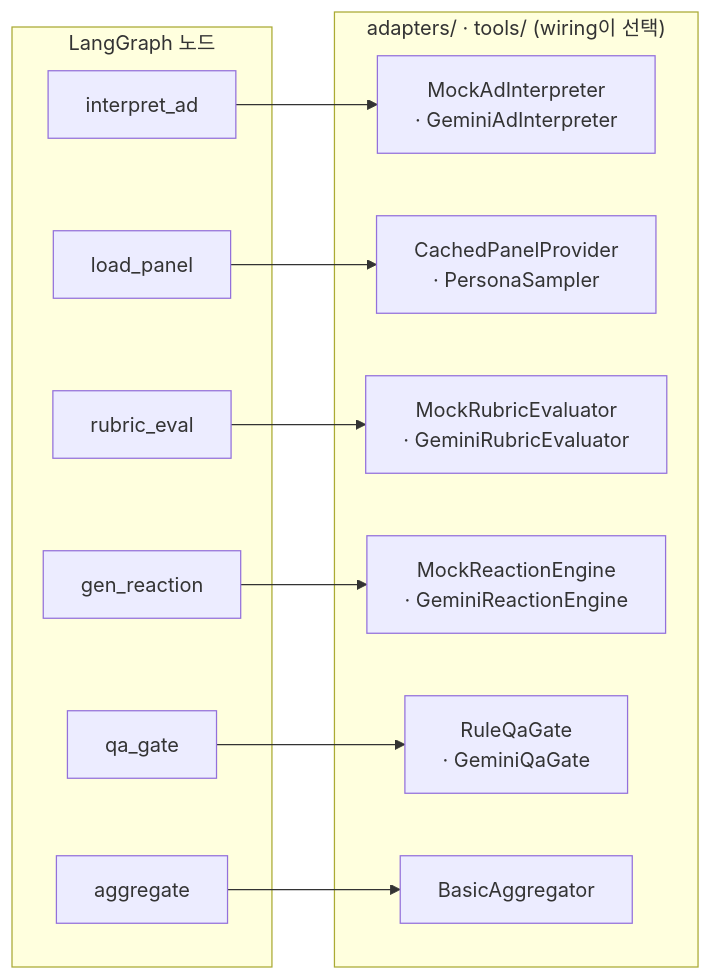
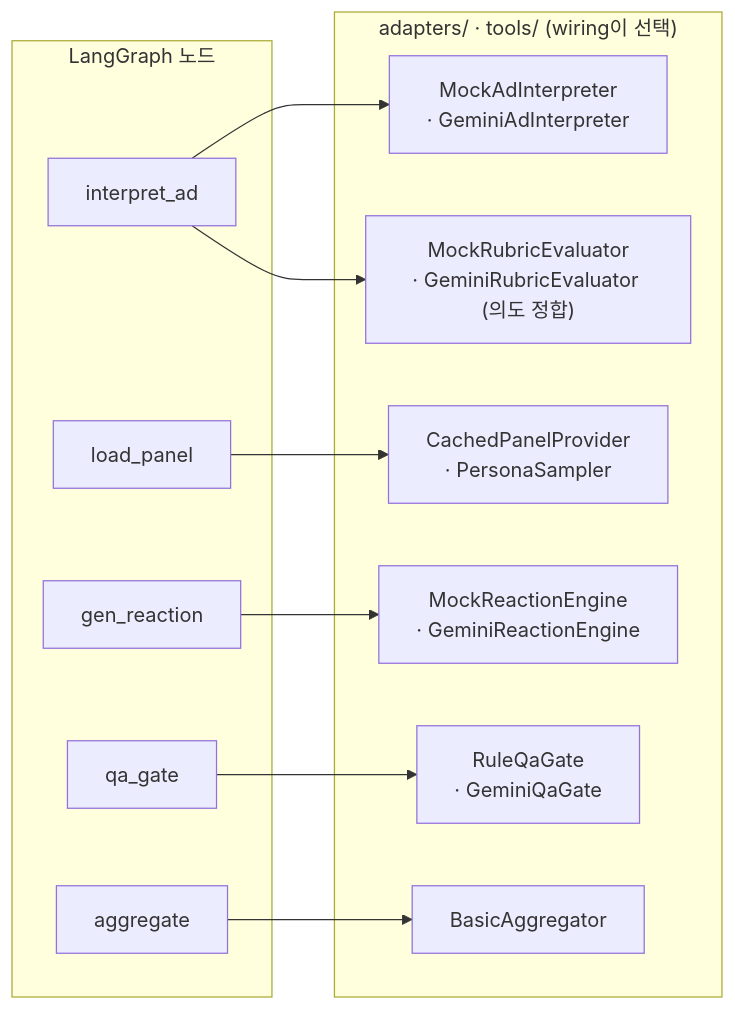
Before and after one commit to cclickstudio/click-me: the third of 3 diagrams in docs/simulation/Persona/SIMULATOR_GRAPH_TOPOLOGY.md, drawn with Mermaid. The commit also changed other lines of this file, not shown here.

Commit message:
docs: 그래프 토폴로지 다이어그램 6노드 구조로 갱신(rubric_eval 흡수)

````diff
--- a/docs/simulation/Persona/SIMULATOR_GRAPH_TOPOLOGY.md
+++ b/docs/simulation/Persona/SIMULATOR_GRAPH_TOPOLOGY.md
@@ -64,27 +79,26 @@
 ```mermaid
 flowchart LR
     subgraph G["LangGraph 노드"]
         n1["interpret_ad"]
         n2["load_panel"]
-        n3["rubric_eval"]
         ng["gen_reaction"]
         nq["qa_gate"]
         n5["aggregate"]
     end
 
     subgraph A["adapters/ · tools/ (wiring이 선택)"]
-        a1["MockAdInterpreter<br/>· GeminiAdInterpreter"]
+        a1a["MockAdInterpreter<br/>· GeminiAdInterpreter"]
+        a1b["MockRubricEvaluator<br/>· GeminiRubricEvaluator (의도 정합)"]
         a2["CachedPanelProvider<br/>· PersonaSampler"]
-        a3["MockRubricEvaluator<br/>· GeminiRubricEvaluator"]
         ag["MockReactionEngine<br/>· GeminiReactionEngine"]
         aq["RuleQaGate<br/>· GeminiQaGate"]
         a5["BasicAggregator"]
     end
 
-    n1 --> a1
+    n1 --> a1a
+    n1 --> a1b
     n2 --> a2
-    n3 --> a3
     ng --> ag
     nq --> aq
     n5 --> a5
 ```
````
